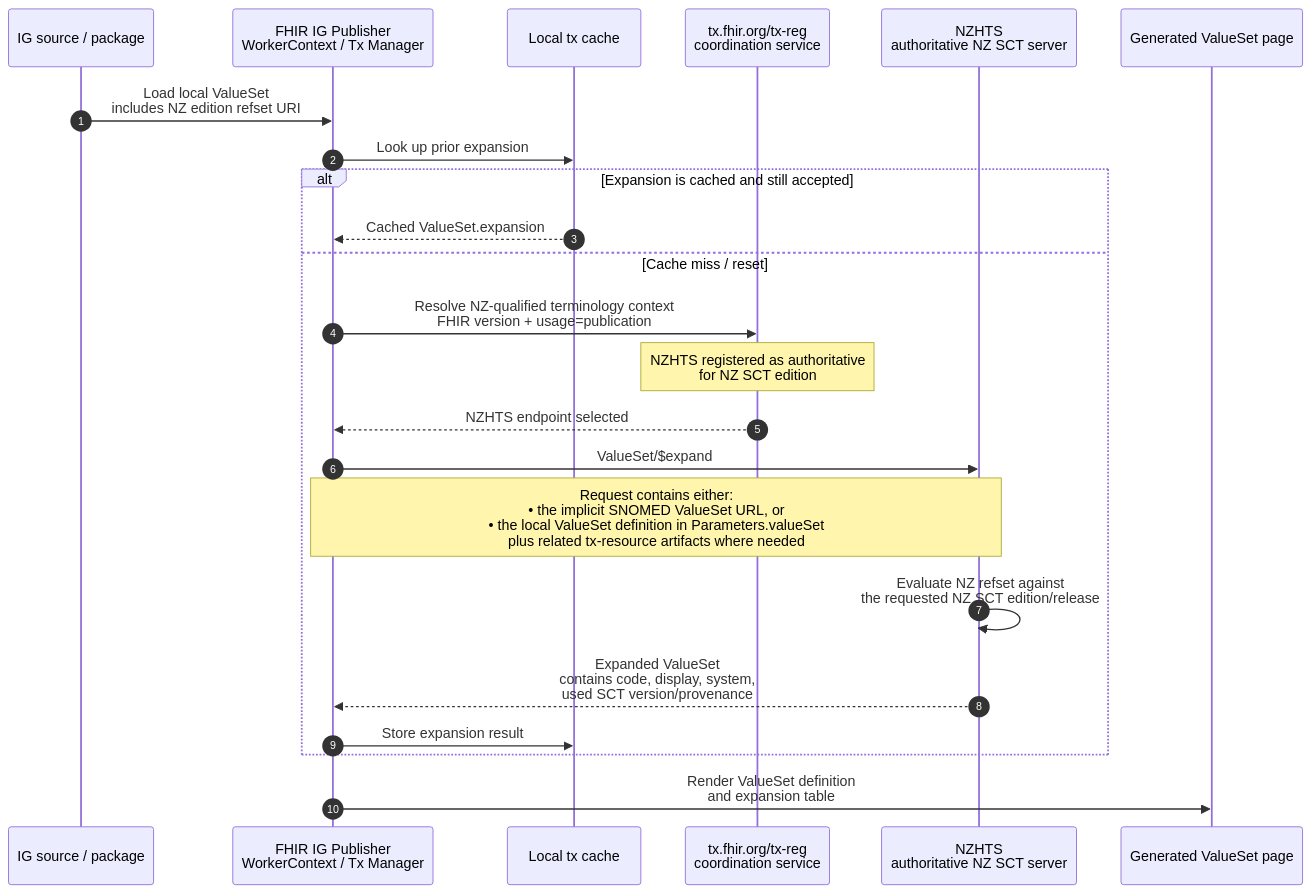
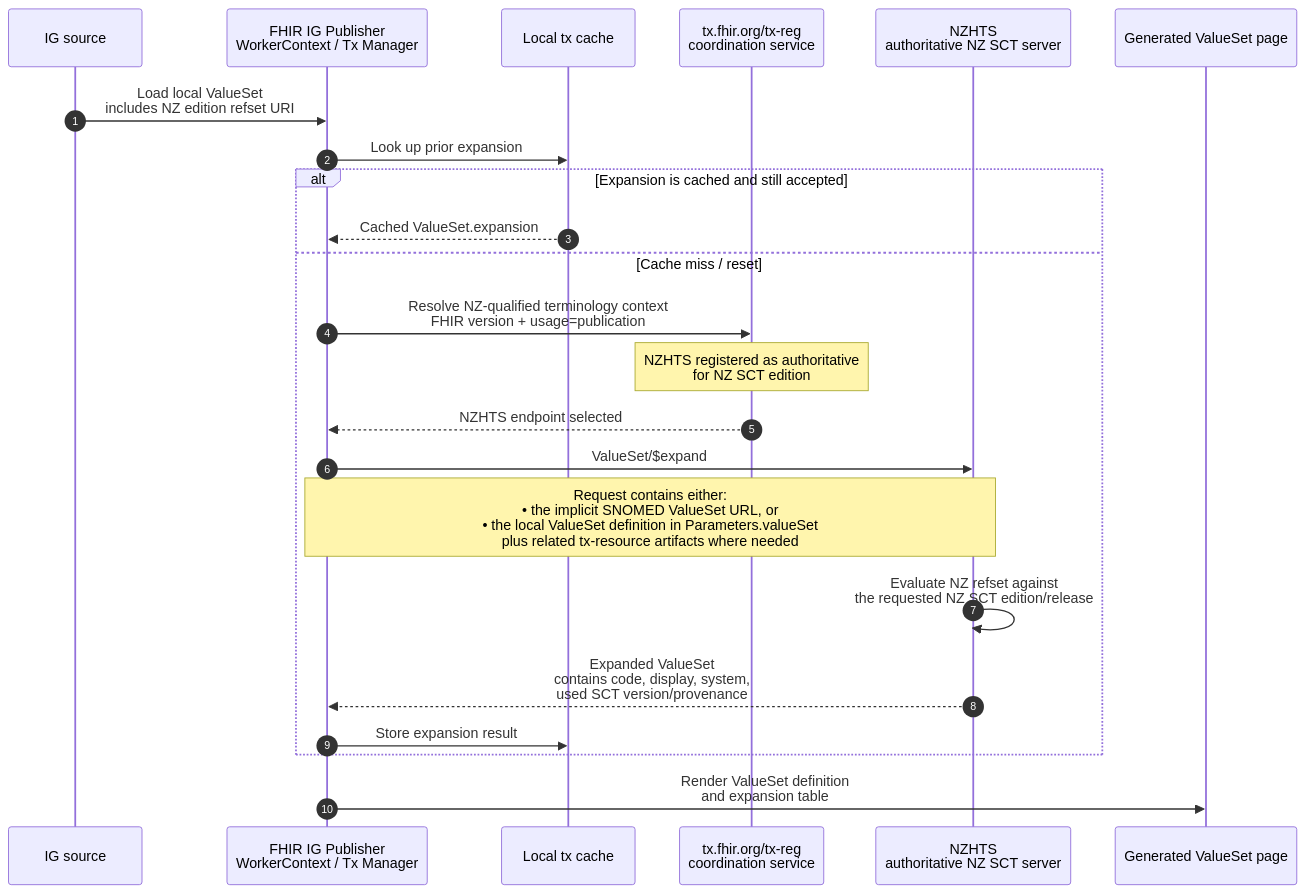
One commit to tewhatuora/nzhts-ig changed the third of 3 diagrams in input/pagecontent/tx-ecosystem.md. Above: the diagram before and after it, drawn with Mermaid. The commit also changed 1 other file, not shown here.

Commit message:
escape char

````diff
--- a/input/pagecontent/tx-ecosystem.md
+++ b/input/pagecontent/tx-ecosystem.md
@@ -84,31 +84,31 @@
 ```mermaid
 sequenceDiagram
     autonumber
-    participant IG as IG source / package
+    participant IG as IG source
     participant Pub as FHIR IG Publisher<br/>WorkerContext / Tx Manager
     participant Cache as Local tx cache
     participant Reg as tx.fhir.org/tx-reg<br/>coordination service
     participant NZHTS as NZHTS<br/>authoritative NZ SCT server
     participant Page as Generated ValueSet page
 
     IG->>Pub: Load local ValueSet<br/>includes NZ edition refset URI
     Pub->>Cache: Look up prior expansion
 
     alt Expansion is cached and still accepted
         Cache-->>Pub: Cached ValueSet.expansion
     else Cache miss / reset
         Pub->>Reg: Resolve NZ-qualified terminology context<br/>FHIR version + usage=publication
         Note over Reg: NZHTS registered as authoritative<br/>for NZ SCT edition
         Reg-->>Pub: NZHTS endpoint selected
 
         Pub->>NZHTS: ValueSet/$expand
         Note over Pub,NZHTS: Request contains either:<br/>• the implicit SNOMED ValueSet URL, or<br/>• the local ValueSet definition in Parameters.valueSet<br/>plus related tx-resource artifacts where needed
 
         NZHTS->>NZHTS: Evaluate NZ refset against<br/>the requested NZ SCT edition/release
         NZHTS-->>Pub: Expanded ValueSet<br/>contains code, display, system,<br/>used SCT version/provenance
 
         Pub->>Cache: Store expansion result
     end
 
     Pub->>Page: Render ValueSet definition<br/>and expansion table
 ```
````
